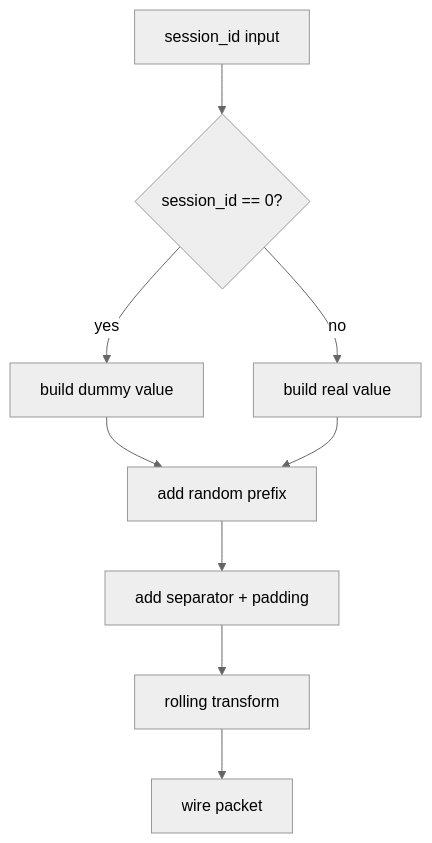
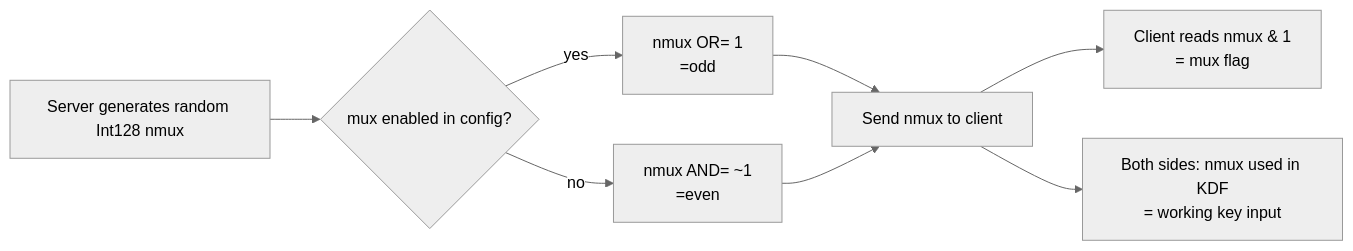
The ninth of 13 diagrams in docs/HANDSHAKE_SEQUENCE.md (HyacinthHaru/openppp2), drawn with Mermaid (neutral theme) before and after one commit. The commit also changed other lines of this file and 93 other files, not shown here.

````diff
--- a/docs/HANDSHAKE_SEQUENCE.md
+++ b/docs/HANDSHAKE_SEQUENCE.md
@@ -135,11 +260,10 @@
 ```mermaid
-flowchart TD
-    A[session_id input] --> B{session_id == 0?}
-    B -->|yes| C[build dummy value]
-    B -->|no| D[build real value]
-    C --> E[add random prefix]
+graph LR
+    A[Server generates random Int128 nmux] --> B{mux enabled in config?}
+    B -->|yes| C[nmux OR= 1\n=odd]
+    B -->|no| D[nmux AND= ~1\n=even]
+    C --> E[Send nmux to client]
     D --> E
-    E --> F[add separator + padding]
-    F --> G[rolling transform]
-    G --> H[wire packet]
+    E --> F[Client reads nmux & 1\n= mux flag]
+    E --> G[Both sides: nmux used in KDF\n= working key input]
 ```
````
